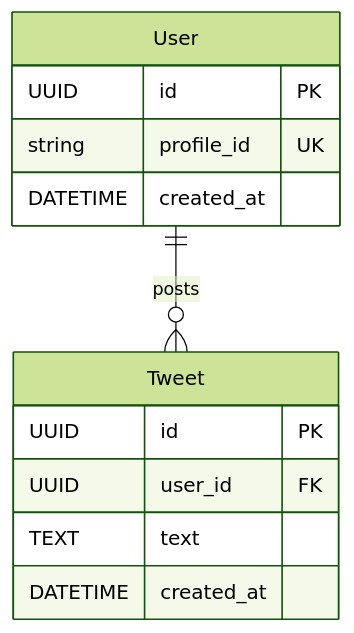
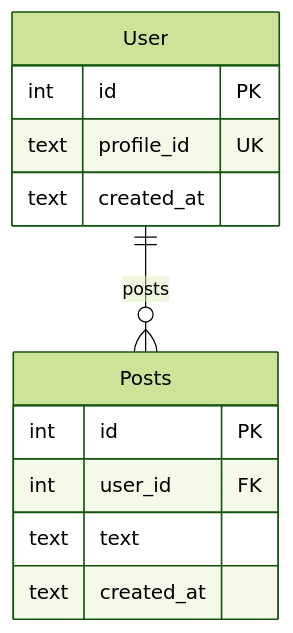
The diagram in docs/er-diragram.md (nakajima97/2025-simple-sns), drawn with Mermaid (forest theme) before and after one commit. The commit also changed 14 other files, not shown here.

````diff
--- a/docs/er-diragram.md
+++ b/docs/er-diragram.md
@@ -1,18 +1,18 @@
 ```mermaid
 erDiagram
     User {
-        UUID id PK
-        string profile_id UK
-        DATETIME created_at
+        int id PK
+        text profile_id UK
+        text created_at
     }
 
-    Tweet {
-        UUID id PK
-        UUID user_id FK
-        TEXT text
-        DATETIME created_at
+    Posts {
+        int id PK
+        int user_id FK
+        text text
+        text created_at
     }
 
-    User ||--o{ Tweet : "posts"
+    User ||--o{ Posts : "posts"
 
 ```
````
